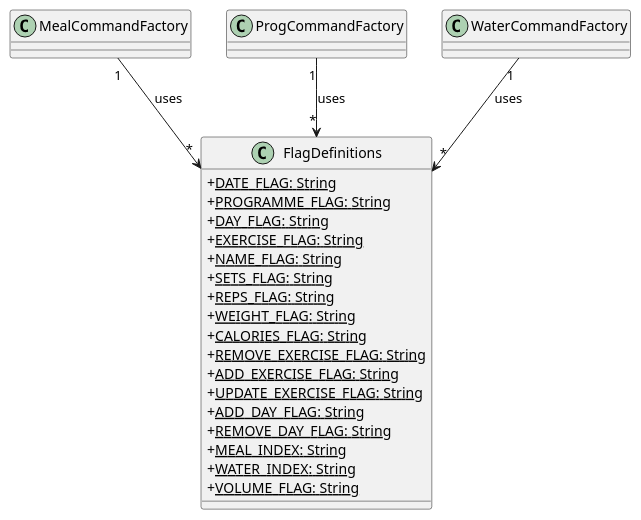
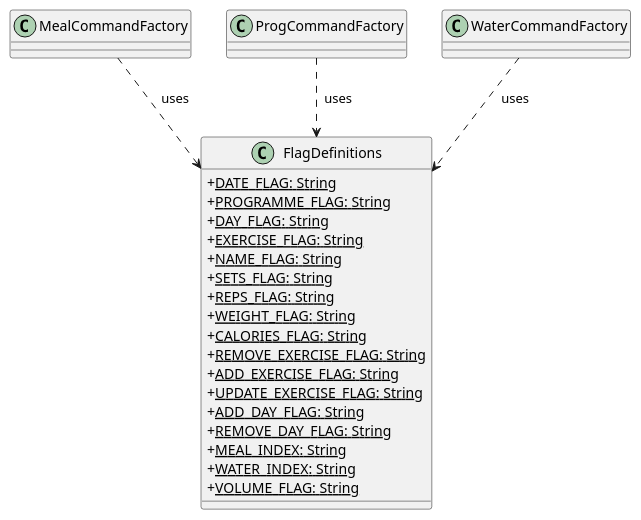
The diagram in docs/diagrams/flagDefinitionsComponent.puml (nus-cs2113-AY2425S1/tp), drawn with PlantUML before and after one commit. The commit also changed 7 other files, not shown here.

Commit message:
Update Parser component class diagrams

```diff
--- a/docs/diagrams/flagDefinitionsComponent.puml
+++ b/docs/diagrams/flagDefinitionsComponent.puml
@@ -1,28 +1,28 @@
 @startuml
 skinparam classAttributeIconSize 0
 
 class FlagDefinitions {
   + <u>DATE_FLAG: String
   + <u>PROGRAMME_FLAG: String
   + <u>DAY_FLAG: String
   + <u>EXERCISE_FLAG: String
   + <u>NAME_FLAG: String
   + <u>SETS_FLAG: String
   + <u>REPS_FLAG: String
   + <u>WEIGHT_FLAG: String
   + <u>CALORIES_FLAG: String
   + <u>REMOVE_EXERCISE_FLAG: String
   + <u>ADD_EXERCISE_FLAG: String
   + <u>UPDATE_EXERCISE_FLAG: String
   + <u>ADD_DAY_FLAG: String
   + <u>REMOVE_DAY_FLAG: String
   + <u>MEAL_INDEX: String
   + <u>WATER_INDEX: String
   + <u>VOLUME_FLAG: String
 }
 
-MealCommandFactory "1" --> "*" FlagDefinitions : uses
-ProgCommandFactory "1" --> "*" FlagDefinitions : uses
-WaterCommandFactory "1" --> "*" FlagDefinitions : uses
+MealCommandFactory ..> FlagDefinitions : "  uses"
+ProgCommandFactory ..> FlagDefinitions : "  uses"
+WaterCommandFactory ..> FlagDefinitions : "  uses"
 
 @enduml
```
